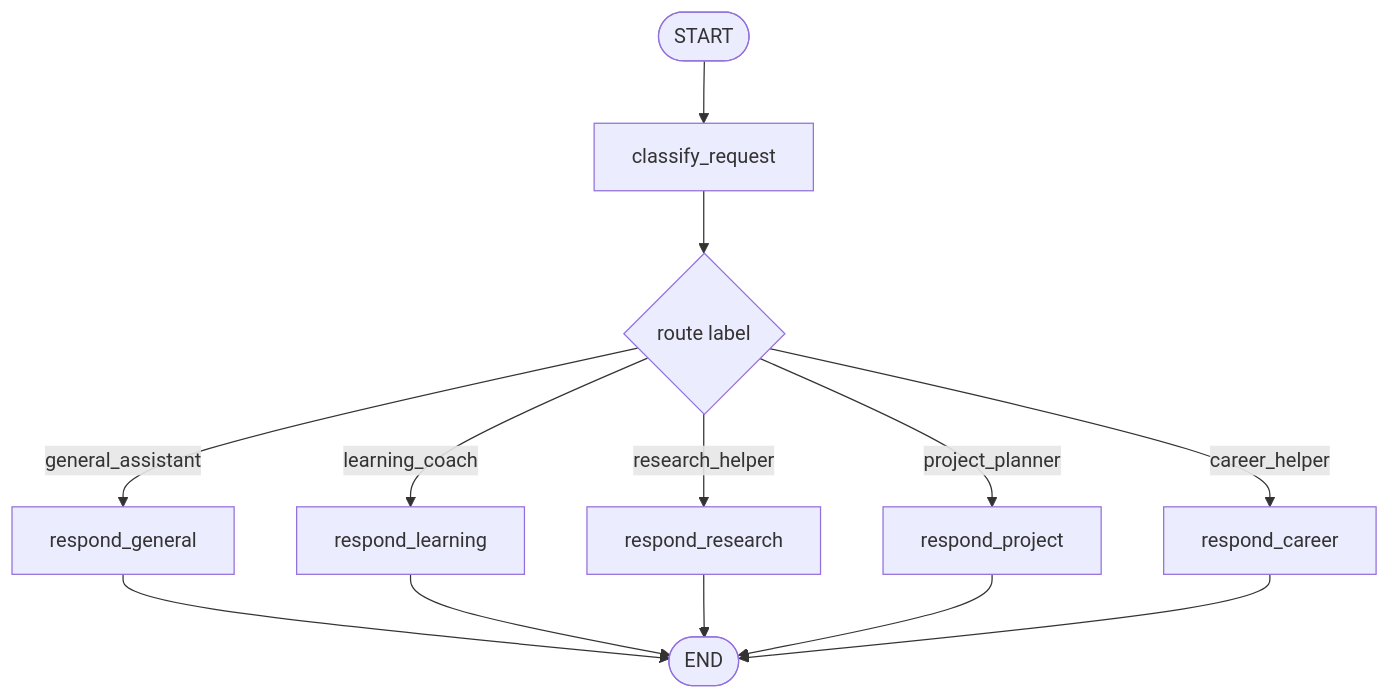
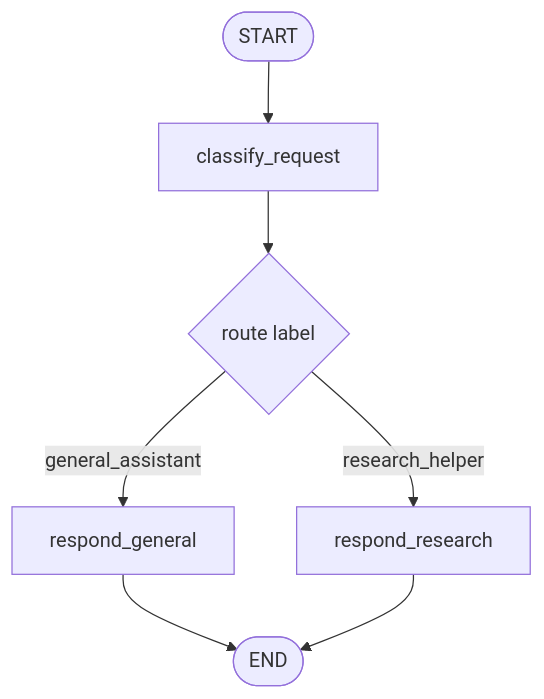
The second of 2 diagrams in docs/learning/01-current-backend-walkthrough.md (heecheon92/my-agents), drawn with Mermaid before and after one commit. The commit also changed other lines of this file and 102 other files, not shown here.

````diff
--- a/docs/learning/01-current-backend-walkthrough.md
+++ b/docs/learning/01-current-backend-walkthrough.md
@@ -220,15 +217,9 @@
 ```mermaid
 flowchart TD
     Start([START]) --> Classify["classify_request"]
     Classify --> Route{"route label"}
     Route -->|general_assistant| General["respond_general"]
-    Route -->|learning_coach| Learning["respond_learning"]
     Route -->|research_helper| Research["respond_research"]
-    Route -->|project_planner| Project["respond_project"]
-    Route -->|career_helper| Career["respond_career"]
     General --> End([END])
-    Learning --> End
     Research --> End
-    Project --> End
-    Career --> End
 ```
````
